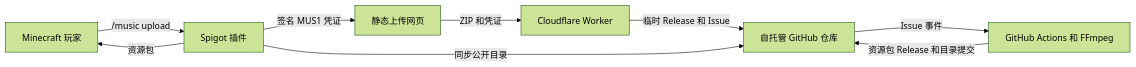
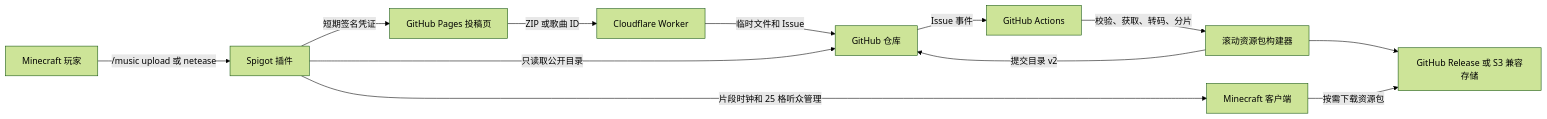
One commit to YSKeLi/musicmc changed the diagram in docs/ARCHITECTURE.zh-CN.md. Above: the diagram before and after it, drawn with Mermaid (forest theme). The commit also changed other lines of this file and 74 other files, not shown here.

Commit message:
Release MusicMC 2.0 architecture

````diff
--- a/docs/ARCHITECTURE.zh-CN.md
+++ b/docs/ARCHITECTURE.zh-CN.md
@@ -7,11 +7,14 @@
 ```mermaid
 flowchart LR
-    Player["Minecraft 玩家"] -->|/music upload| Plugin["Spigot 插件"]
-    Plugin -->|签名 MUS1 凭证| Portal["静态上传网页"]
-    Portal -->|ZIP 和凭证| Worker["Cloudflare Worker"]
-    Worker -->|临时 Release 和 Issue| GitHub["自托管 GitHub 仓库"]
-    GitHub -->|Issue 事件| Actions["GitHub Actions 和 FFmpeg"]
-    Actions -->|资源包 Release 和目录提交| GitHub
-    Plugin -->|同步公开目录| GitHub
-    Plugin -->|资源包| Player
+    Player["Minecraft 玩家"] -->|"/music upload 或 netease"| Plugin["Spigot 插件"]
+    Plugin -->|"短期签名凭证"| Portal["GitHub Pages 投稿页"]
+    Portal -->|"ZIP 或歌曲 ID"| Worker["Cloudflare Worker"]
+    Worker -->|"临时文件和 Issue"| GitHub["GitHub 仓库"]
+    GitHub -->|"Issue 事件"| Actions["GitHub Actions"]
+    Actions -->|"校验、获取、转码、分片"| Bundler["滚动资源包构建器"]
+    Bundler --> Storage["GitHub Release 或 S3 兼容存储"]
+    Bundler -->|"提交目录 v2"| GitHub
+    Plugin -->|"只读取公开目录"| GitHub
+    Client["Minecraft 客户端"] -->|"按需下载资源包"| Storage
+    Plugin -->|"片段时钟和 25 格听众管理"| Client
 ```
````
